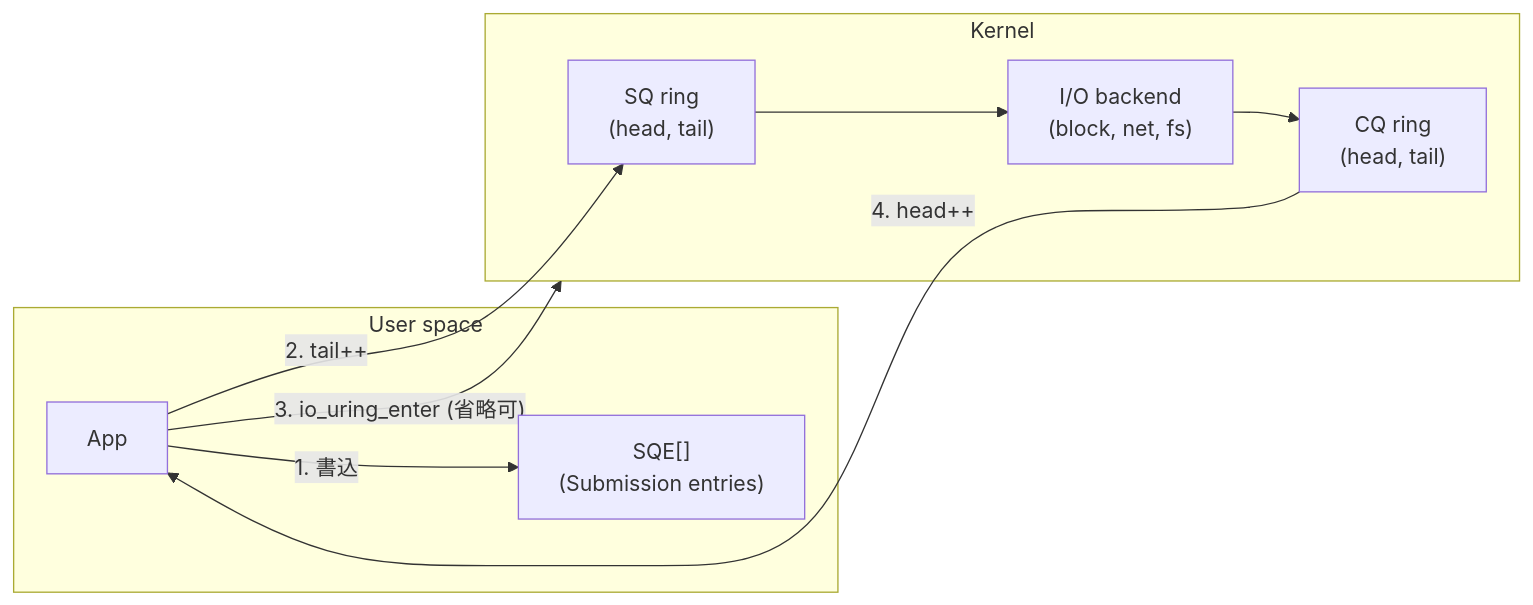
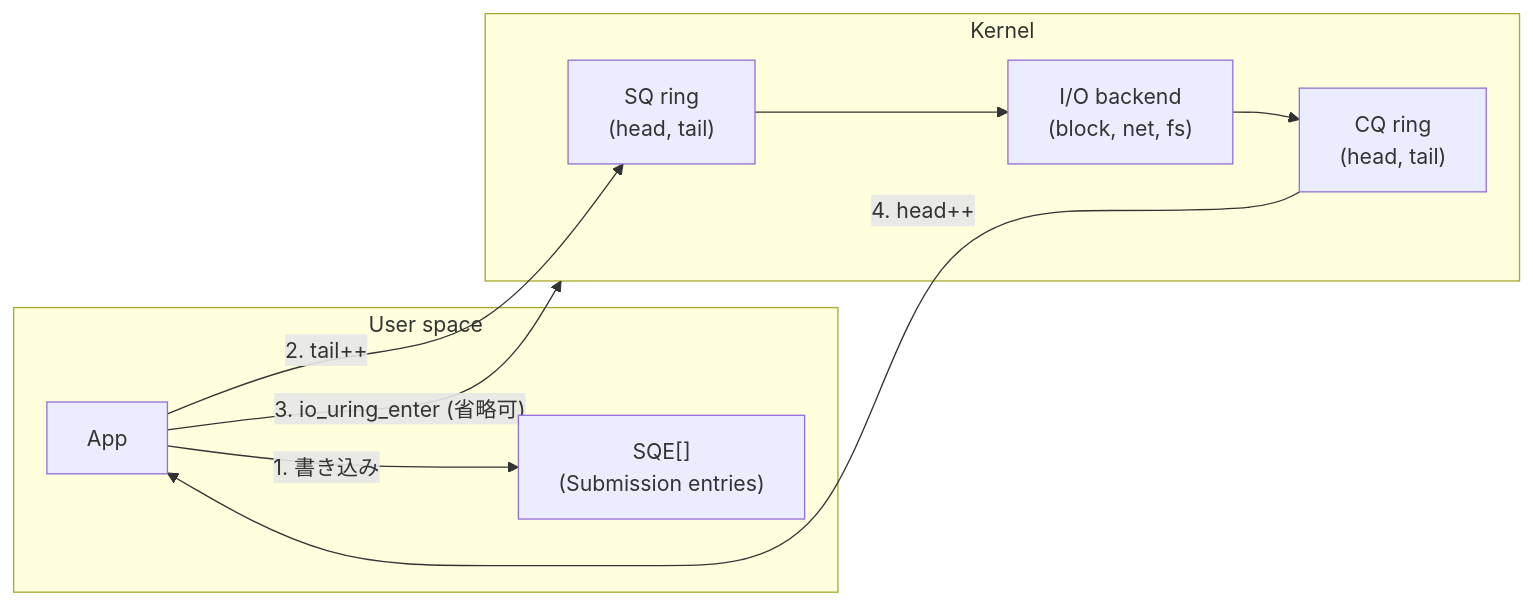
The second of 3 diagrams in content/blog/ja/io-uring-and-epoll.mdx (yoichiozaki/yoichiozaki.github.io), drawn with Mermaid before and after one commit. The commit also changed other lines of this file and 220 other files, not shown here.

````diff
--- a/content/blog/ja/io-uring-and-epoll.mdx
+++ b/content/blog/ja/io-uring-and-epoll.mdx
@@ -260,18 +261,18 @@
 ```mermaid
 graph LR
     subgraph U["User space"]
         APP["App"]
         SQE["SQE[]<br/>(Submission entries)"]
     end
     subgraph K["Kernel"]
         SQ["SQ ring<br/>(head, tail)"]
         CQ["CQ ring<br/>(head, tail)"]
         IO["I/O backend<br/>(block, net, fs)"]
     end
-    APP -->|"1. 書込"| SQE
+    APP -->|"1. 書き込み"| SQE
     APP -->|"2. tail++"| SQ
     APP -->|"3. io_uring_enter (省略可)"| K
     SQ --> IO
     IO --> CQ
     CQ -->|"4. head++"| APP
 ```
````
